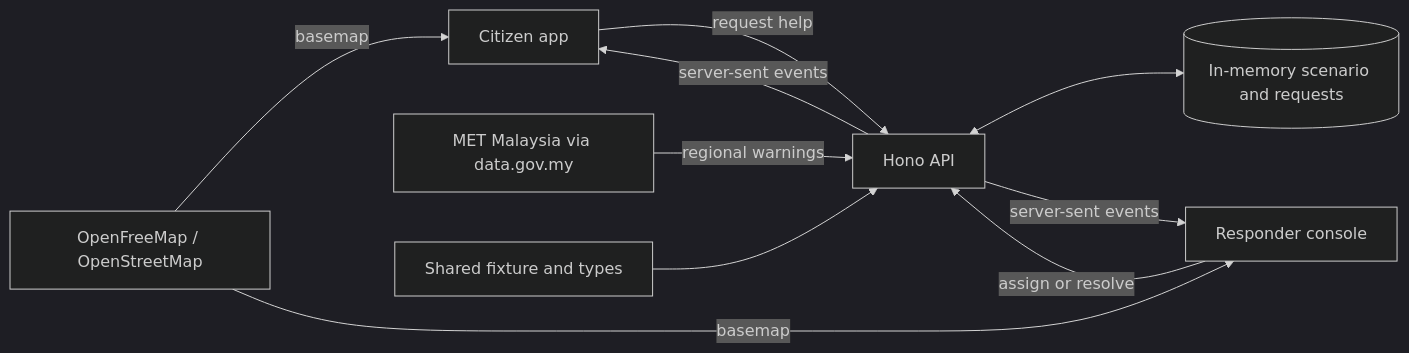
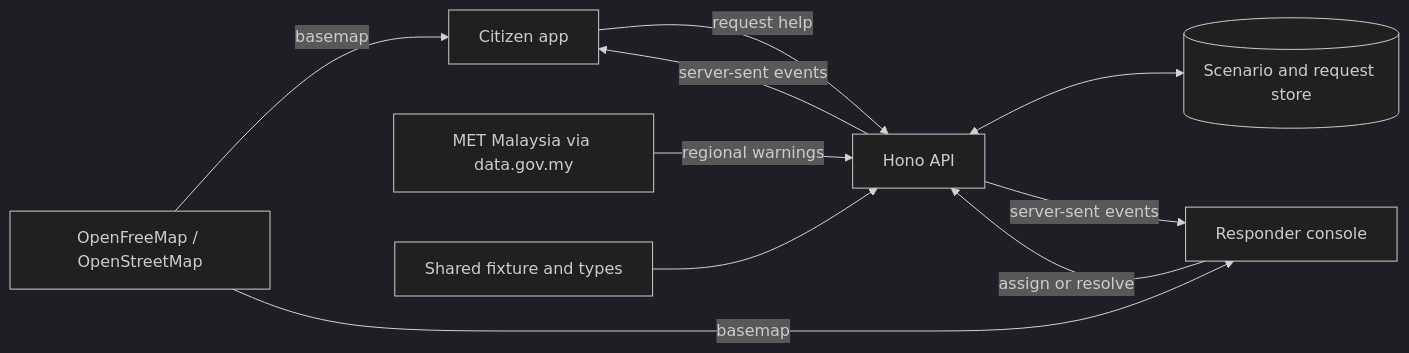
The diagram in README.md (circleismyfavshape/Hackathon-US-US-US), drawn with Mermaid (dark theme) before and after one commit. The commit also changed other lines of this file and 15 other files, not shown here.

````diff
--- a/README.md
+++ b/README.md
@@ -140,12 +141,12 @@
 ```mermaid
 flowchart LR
     C[Citizen app] -->|request help| API[Hono API]
     R[Responder console] -->|assign or resolve| API
-    API <--> S[(In-memory scenario and requests)]
+    API <--> S[(Scenario and request store)]
     API -->|server-sent events| C
     API -->|server-sent events| R
     MET[MET Malaysia via data.gov.my] -->|regional warnings| API
     F[Shared fixture and types] --> API
     OSM[OpenFreeMap / OpenStreetMap] -->|basemap| C
     OSM -->|basemap| R
 ```
````
